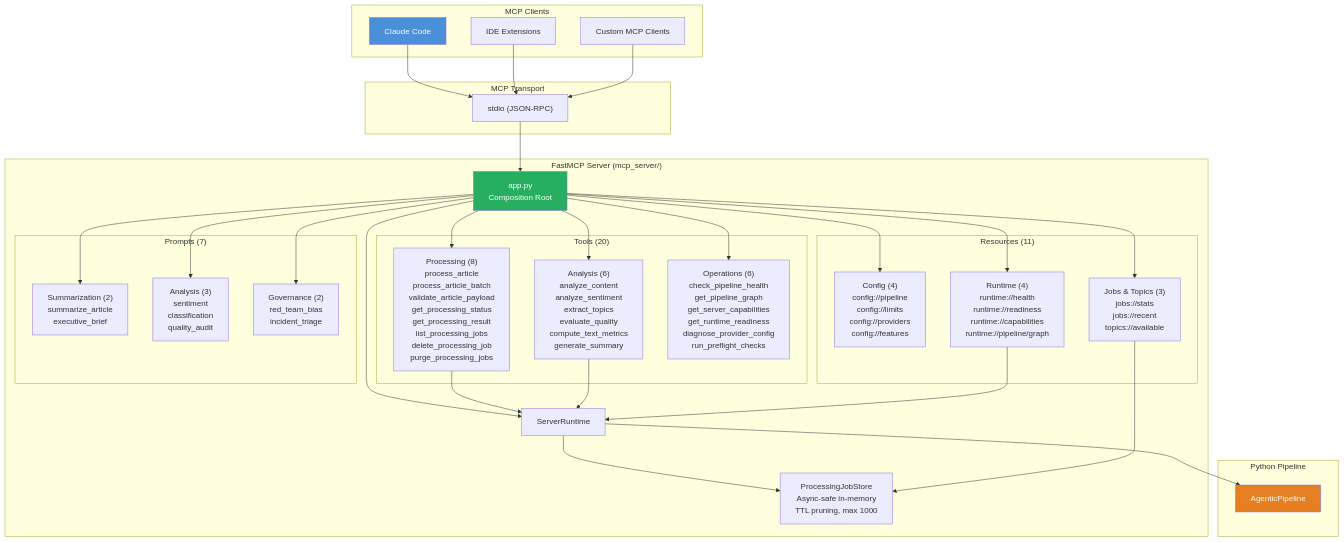
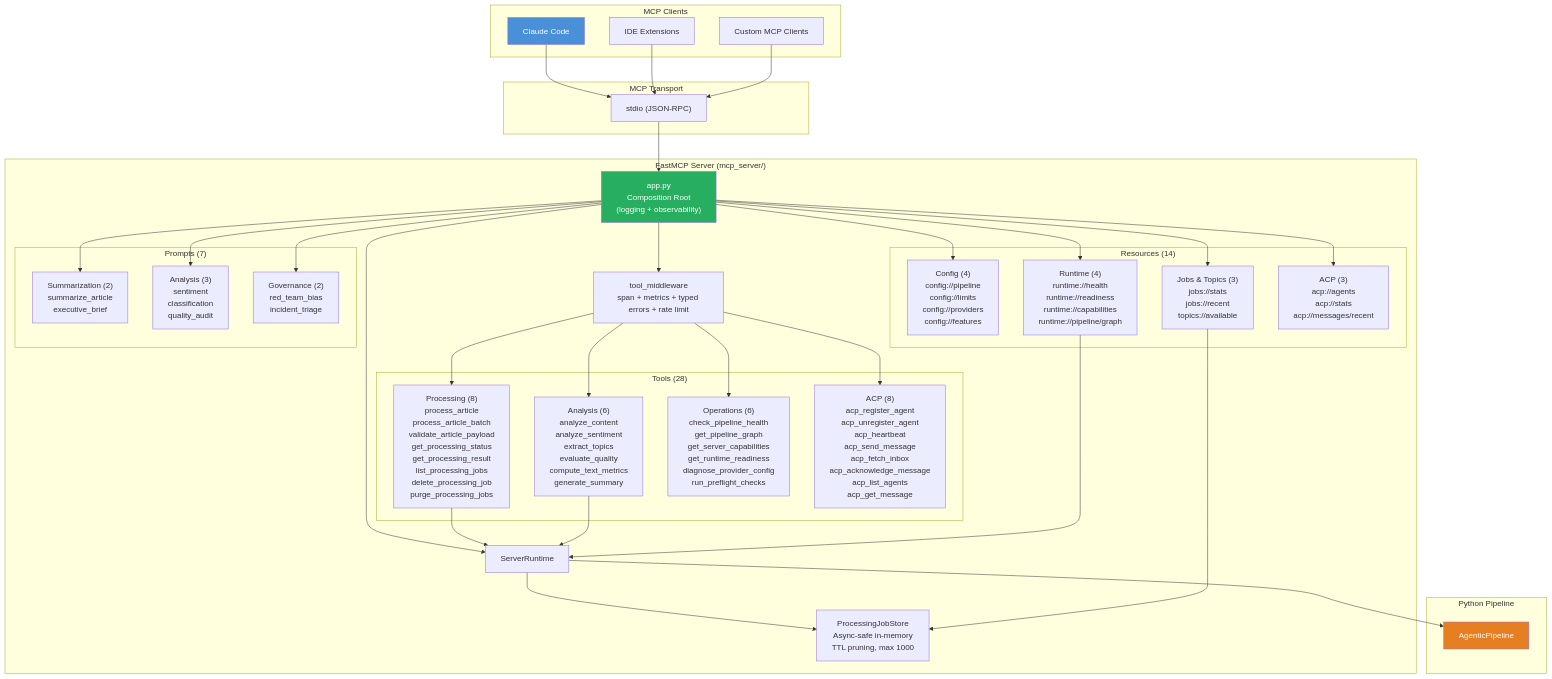
The ninth of 20 diagrams in AI_ML.md (hoangsonww/AI-Gov-Content-Curator), drawn with Mermaid before and after one commit. The commit also changed other lines of this file and 7 other files, not shown here.

````diff
--- a/AI_ML.md
+++ b/AI_ML.md
@@ -614,66 +623,72 @@
 ```mermaid
 graph TB
     subgraph "MCP Clients"
         CC["Claude Code"]
         IDE["IDE Extensions"]
         CUSTOM["Custom MCP Clients"]
     end
 
     subgraph "MCP Transport"
         STDIO["stdio (JSON-RPC)"]
     end
 
     subgraph "FastMCP Server (mcp_server/)"
-        APP["app.py<br/>Composition Root"]
+        APP["app.py<br/>Composition Root<br/>(logging + observability)"]
+        MW["tool_middleware<br/>span + metrics + typed errors + rate limit"]
         RT["ServerRuntime"]
         JS["ProcessingJobStore<br/>Async-safe in-memory<br/>TTL pruning, max 1000"]
 
-        subgraph "Tools (20)"
+        subgraph "Tools (28)"
             T_PROC["Processing (8)<br/>process_article<br/>process_article_batch<br/>validate_article_payload<br/>get_processing_status<br/>get_processing_result<br/>list_processing_jobs<br/>delete_processing_job<br/>purge_processing_jobs"]
             T_ANAL["Analysis (6)<br/>analyze_content<br/>analyze_sentiment<br/>extract_topics<br/>evaluate_quality<br/>compute_text_metrics<br/>generate_summary"]
             T_OPS["Operations (6)<br/>check_pipeline_health<br/>get_pipeline_graph<br/>get_server_capabilities<br/>get_runtime_readiness<br/>diagnose_provider_config<br/>run_preflight_checks"]
+            T_ACP["ACP (8)<br/>acp_register_agent<br/>acp_unregister_agent<br/>acp_heartbeat<br/>acp_send_message<br/>acp_fetch_inbox<br/>acp_acknowledge_message<br/>acp_list_agents<br/>acp_get_message"]
         end
 
-        subgraph "Resources (11)"
+        subgraph "Resources (14)"
             R_CFG["Config (4)<br/>config://pipeline<br/>config://limits<br/>config://providers<br/>config://features"]
             R_RT["Runtime (4)<br/>runtime://health<br/>runtime://readiness<br/>runtime://capabilities<br/>runtime://pipeline/graph"]
             R_JOBS["Jobs & Topics (3)<br/>jobs://stats<br/>jobs://recent<br/>topics://available"]
+            R_ACP["ACP (3)<br/>acp://agents<br/>acp://stats<br/>acp://messages/recent"]
         end
 
         subgraph "Prompts (7)"
             P_SUM["Summarization (2)<br/>summarize_article<br/>executive_brief"]
             P_ANAL["Analysis (3)<br/>sentiment<br/>classification<br/>quality_audit"]
             P_GOV["Governance (2)<br/>red_team_bias<br/>incident_triage"]
         end
     end
 
     subgraph "Python Pipeline"
         AP["AgenticPipeline"]
     end
 
     CC --> STDIO
     IDE --> STDIO
     CUSTOM --> STDIO
     STDIO --> APP
     APP --> RT
     RT --> JS
     RT --> AP
-    APP --> T_PROC
-    APP --> T_ANAL
-    APP --> T_OPS
+    APP --> MW
+    MW --> T_PROC
+    MW --> T_ANAL
+    MW --> T_OPS
+    MW --> T_ACP
     APP --> R_CFG
     APP --> R_RT
     APP --> R_JOBS
+    APP --> R_ACP
     APP --> P_SUM
     APP --> P_ANAL
     APP --> P_GOV
 
     T_PROC --> RT
     T_ANAL --> RT
     R_RT --> RT
     R_JOBS --> JS
 
     style CC fill:#4a90d9,color:#fff
     style APP fill:#27ae60,color:#fff
     style AP fill:#e67e22,color:#fff
 ```
````
